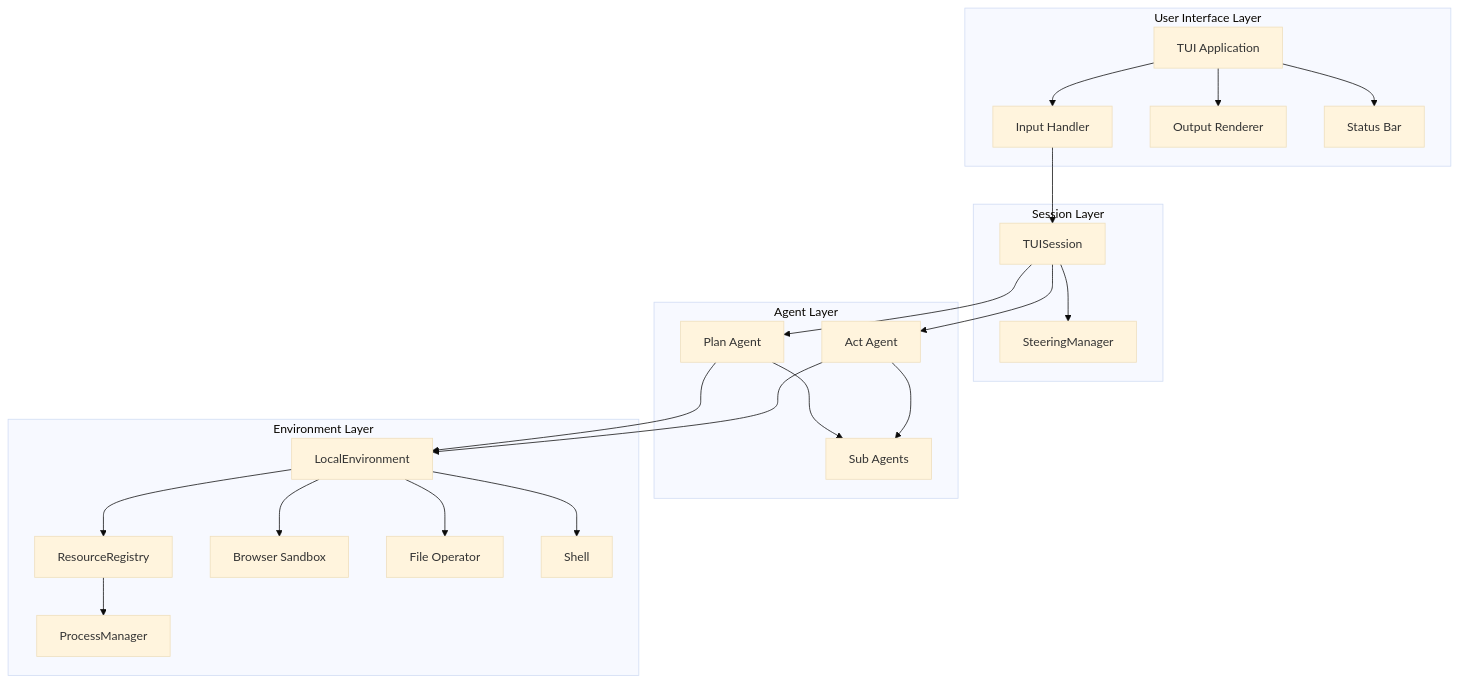
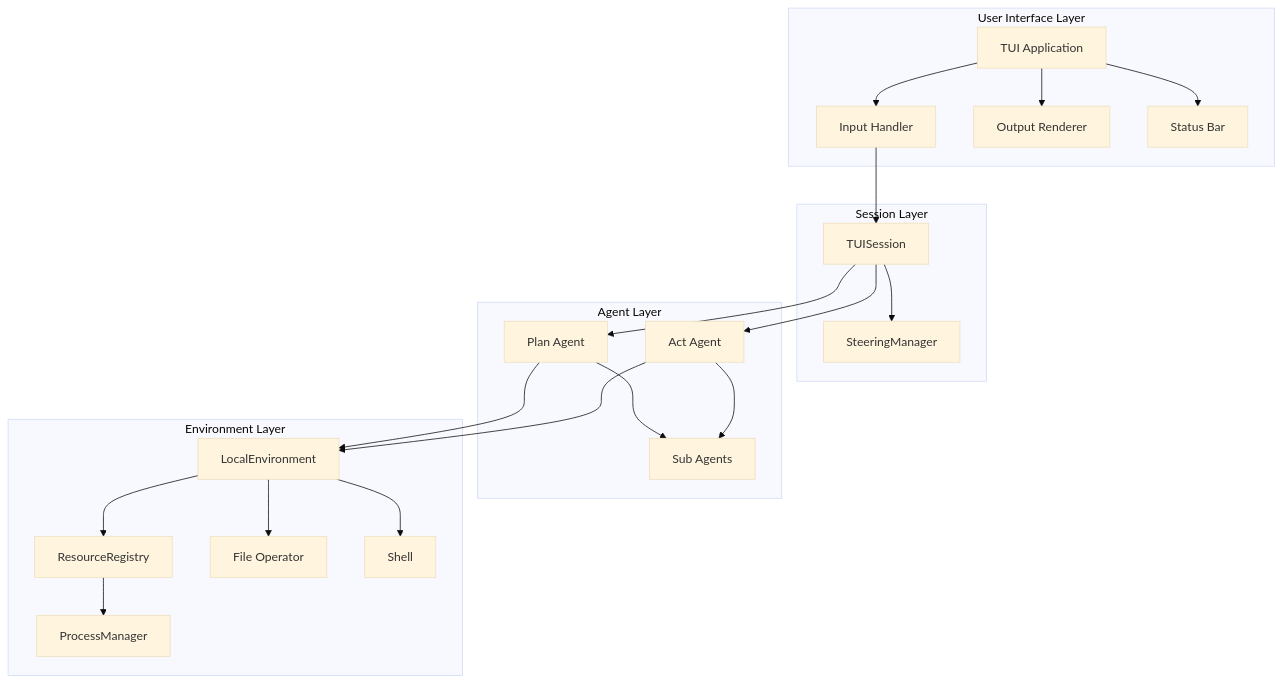
Before and after one commit to Alexsu26/ya-mono: the diagram in packages/yaacli/spec/00-overview.md, drawn with Mermaid (base theme). The commit also changed other lines of this file and 775 other files, not shown here.

````diff
--- a/packages/yaacli/spec/00-overview.md
+++ b/packages/yaacli/spec/00-overview.md
@@ -19,46 +17,44 @@
 ```mermaid
 graph TB
     subgraph "User Interface Layer"
         TUI[TUI Application]
         Input[Input Handler]
         Output[Output Renderer]
         StatusBar[Status Bar]
     end
 
     subgraph "Session Layer"
         TUISession[TUISession]
         SteeringManager[SteeringManager]
     end
 
     subgraph "Agent Layer"
         PlanAgent[Plan Agent]
         ActAgent[Act Agent]
         SubAgents[Sub Agents]
     end
 
     subgraph "Environment Layer"
         LocalEnv[LocalEnvironment]
         Resources[ResourceRegistry]
         ProcessManager[ProcessManager]
-        BrowserSandbox[Browser Sandbox]
         FileOperator[File Operator]
         Shell[Shell]
     end
 
     TUI --> Input
     TUI --> Output
     TUI --> StatusBar
     Input --> TUISession
     TUISession --> SteeringManager
     TUISession --> PlanAgent
     TUISession --> ActAgent
     PlanAgent --> SubAgents
     ActAgent --> SubAgents
     PlanAgent --> LocalEnv
     ActAgent --> LocalEnv
     LocalEnv --> Resources
     Resources --> ProcessManager
-    LocalEnv --> BrowserSandbox
     LocalEnv --> FileOperator
     LocalEnv --> Shell
 ```
````
